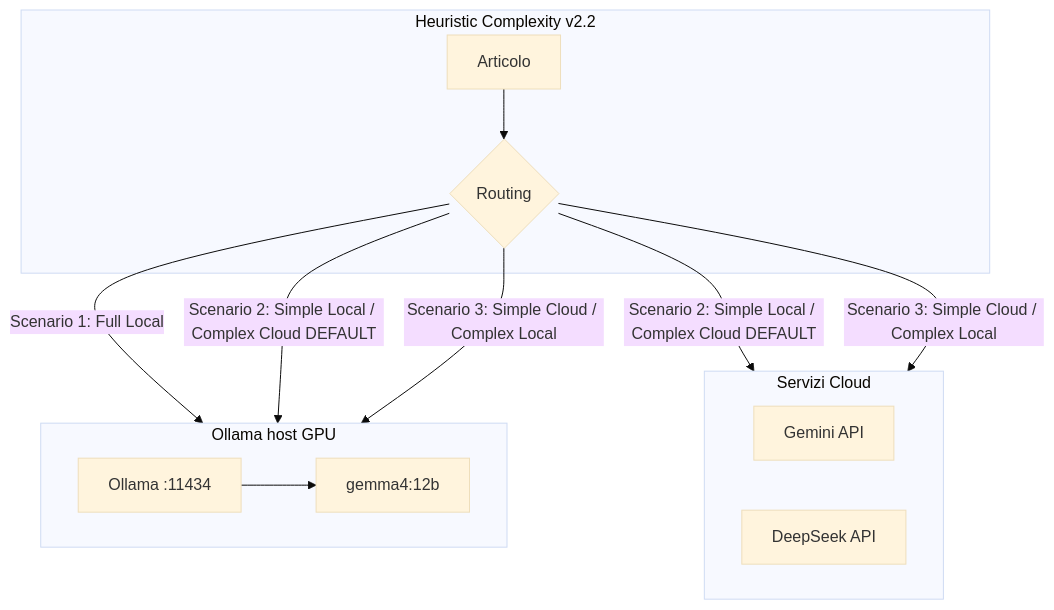
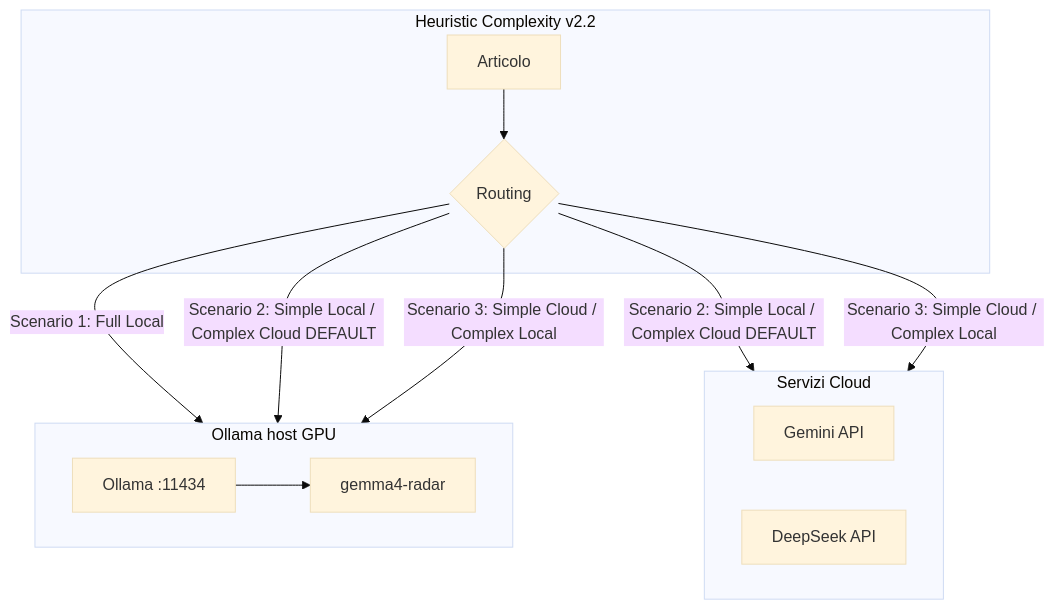
Before and after one commit to JiraaG/Intelligence-Dashboard: the third of 5 diagrams in radar_overview_and_upgrades.md, drawn with Mermaid (base theme). The commit also changed other lines of this file and 15 other files, not shown here.

````diff
--- a/radar_overview_and_upgrades.md
+++ b/radar_overview_and_upgrades.md
@@ -169,21 +169,21 @@
 ```mermaid
 flowchart TD
   subgraph Ingest [Heuristic Complexity v2.2]
     Art[Articolo] --> Route{Routing}
   end
 
   subgraph Local [Ollama host GPU]
-    Ollama[Ollama :11434] --> Model[gemma4:12b]
+    Ollama[Ollama :11434] --> Model[gemma4-radar]
   end
 
   subgraph Cloud [Servizi Cloud]
     Gemini[Gemini API]
     DeepSeek[DeepSeek API]
   end
 
   Route -->|Scenario 1: Full Local| Local
   Route -->|Scenario 2: Simple Local / Complex Cloud DEFAULT| Local
   Route -->|Scenario 2: Simple Local / Complex Cloud DEFAULT| Cloud
   Route -->|Scenario 3: Simple Cloud / Complex Local| Cloud
   Route -->|Scenario 3: Simple Cloud / Complex Local| Local
 ```
````
